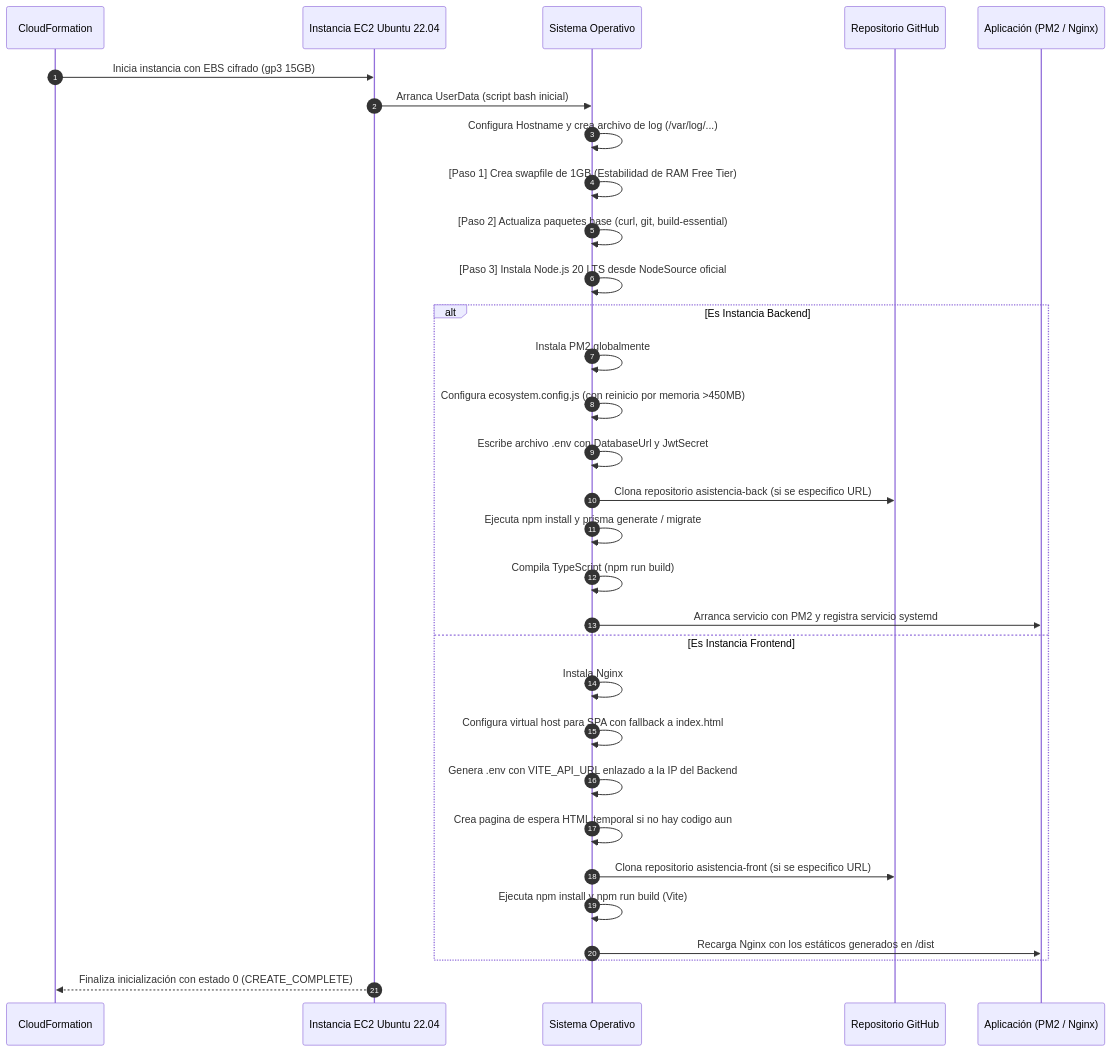
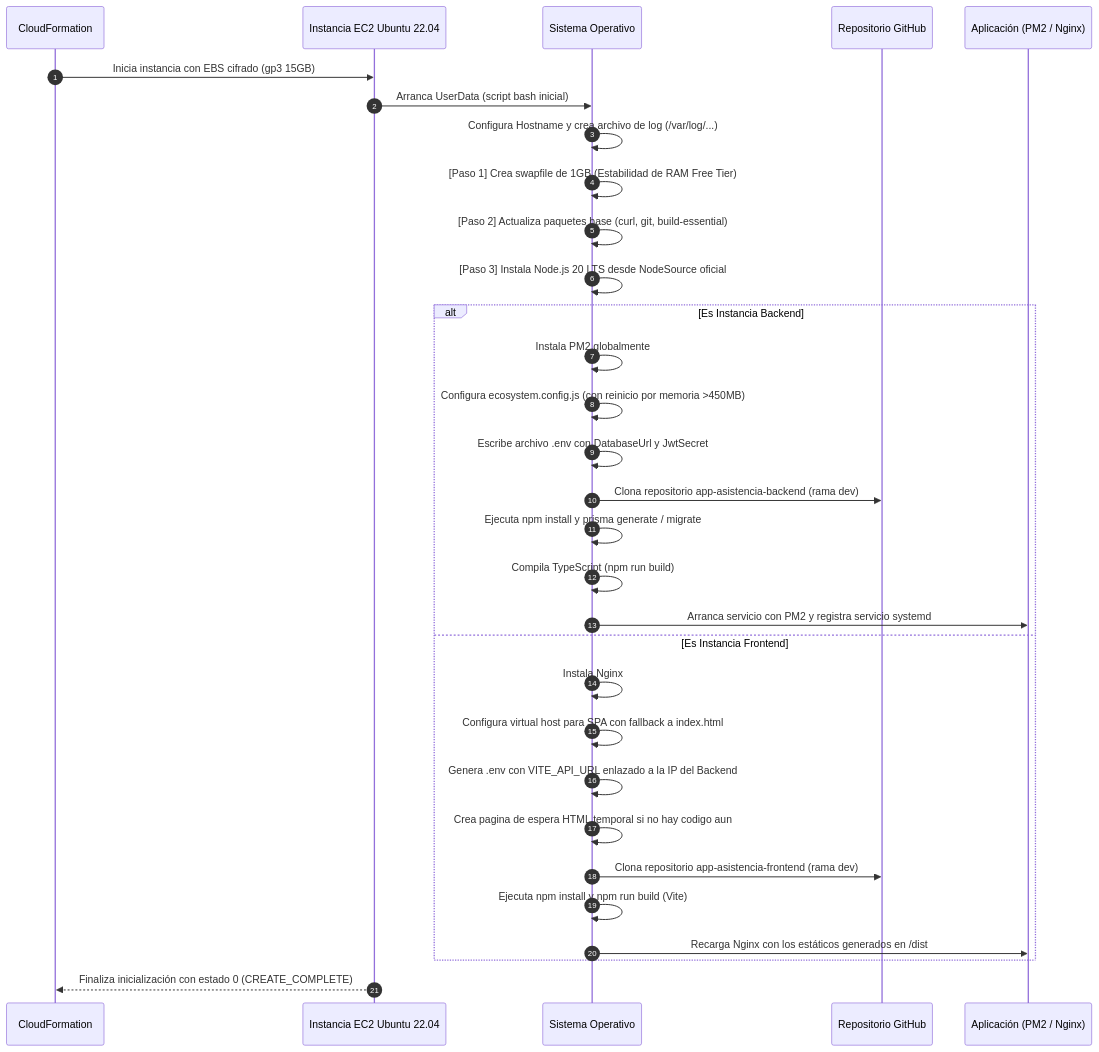
The fourth of 5 diagrams in ARQUITECTURA.md (modulo2-IaC/aws-CloudFormation-app-asistencia), drawn with Mermaid before and after one commit. The commit also changed other lines of this file and 7 other files, not shown here.

First line of the commit message:
feat(repo): update backend and frontend repos to modulo2-IaC dev branch

````diff
--- a/ARQUITECTURA.md
+++ b/ARQUITECTURA.md
@@ -238,36 +238,36 @@
 ```mermaid
 sequenceDiagram
     autonumber
     participant CF as CloudFormation
     participant EC2 as Instancia EC2 Ubuntu 22.04
     participant OS as Sistema Operativo
     participant Git as Repositorio GitHub
     participant App as Aplicación (PM2 / Nginx)
 
     CF->>EC2: Inicia instancia con EBS cifrado (gp3 15GB)
     EC2->>OS: Arranca UserData (script bash inicial)
     OS->>OS: Configura Hostname y crea archivo de log (/var/log/...)
     OS->>OS: [Paso 1] Crea swapfile de 1GB (Estabilidad de RAM Free Tier)
     OS->>OS: [Paso 2] Actualiza paquetes base (curl, git, build-essential)
     OS->>OS: [Paso 3] Instala Node.js 20 LTS desde NodeSource oficial
 
     alt Es Instancia Backend
         OS->>OS: Instala PM2 globalmente
         OS->>OS: Configura ecosystem.config.js (con reinicio por memoria >450MB)
         OS->>OS: Escribe archivo .env con DatabaseUrl y JwtSecret
-        OS->>Git: Clona repositorio asistencia-back (si se especifico URL)
+        OS->>Git: Clona repositorio app-asistencia-backend (rama dev)
         OS->>OS: Ejecuta npm install y prisma generate / migrate
         OS->>OS: Compila TypeScript (npm run build)
         OS->>App: Arranca servicio con PM2 y registra servicio systemd
     else Es Instancia Frontend
         OS->>OS: Instala Nginx
         OS->>OS: Configura virtual host para SPA con fallback a index.html
         OS->>OS: Genera .env con VITE_API_URL enlazado a la IP del Backend
         OS->>OS: Crea pagina de espera HTML temporal si no hay codigo aun
-        OS->>Git: Clona repositorio asistencia-front (si se especifico URL)
+        OS->>Git: Clona repositorio app-asistencia-frontend (rama dev)
         OS->>OS: Ejecuta npm install y npm run build (Vite)
         OS->>App: Recarga Nginx con los estáticos generados en /dist
     end
 
     EC2-->>CF: Finaliza inicialización con estado 0 (CREATE_COMPLETE)
 ```
````
